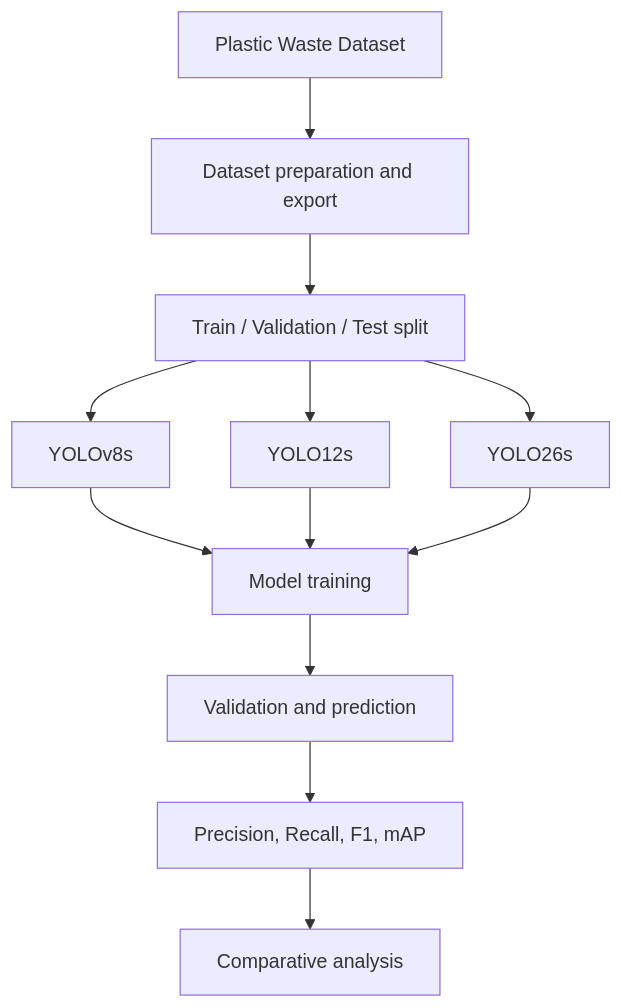
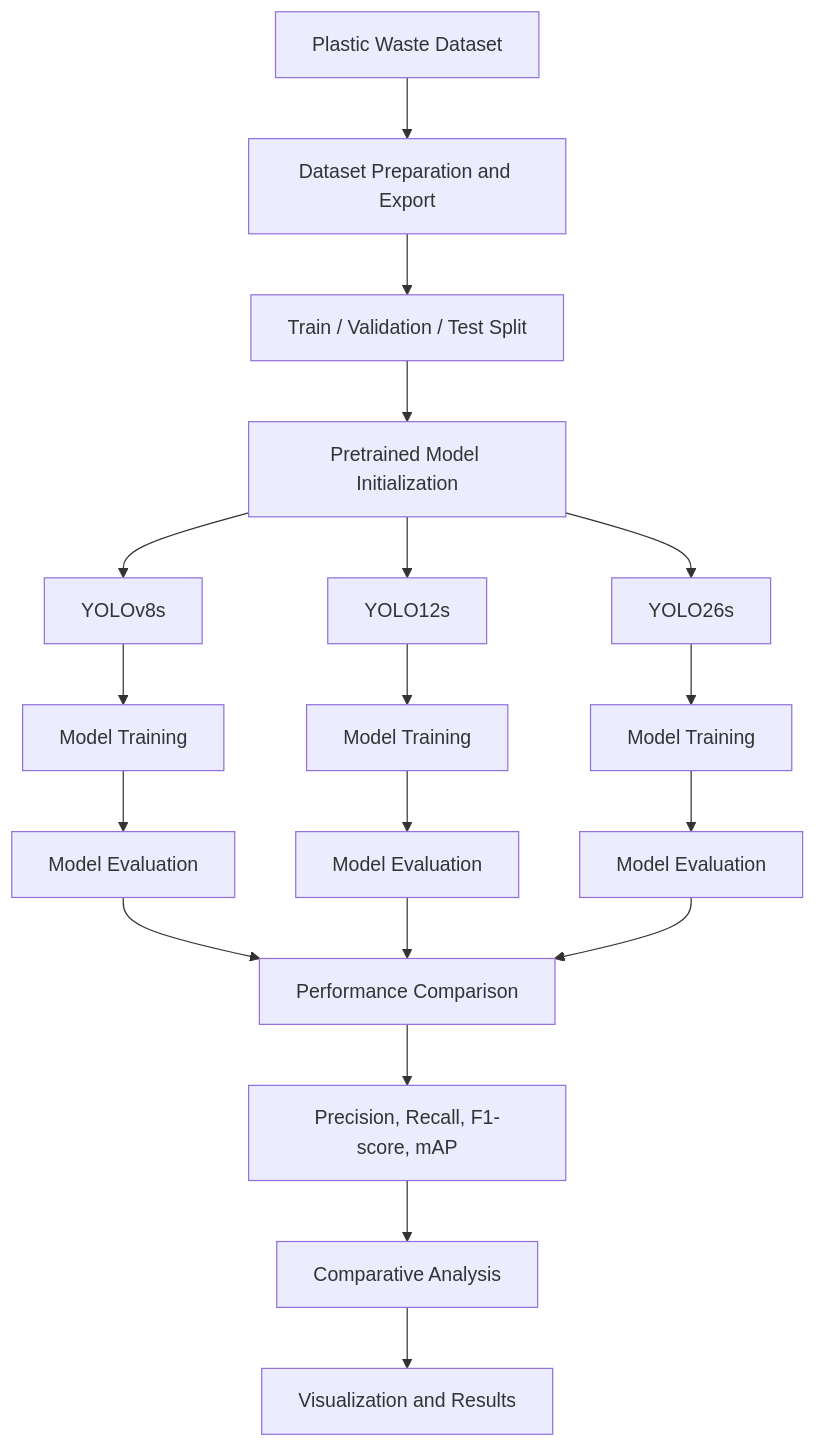
Before and after one commit to tarekrahamn/Plastic-Waste-Detection-and-Classification: the diagram in README.md, drawn with Mermaid. The commit also changed other lines of this file, not shown here.

Commit message:
Revise methodology and flowchart in README
Updated methodology section and flowchart for clarity.

````diff
--- a/README.md
+++ b/README.md
@@ -106,14 +106,26 @@
 ```mermaid
 flowchart TD
-    A[Plastic Waste Dataset] --> B[Dataset preparation and export]
-    B --> C[Train / Validation / Test split]
-    C --> D1[YOLOv8s]
-    C --> D2[YOLO12s]
-    C --> D3[YOLO26s]
-    D1 --> E[Model training]
-    D2 --> E
-    D3 --> E
-    E --> F[Validation and prediction]
-    F --> G[Precision, Recall, F1, mAP]
-    G --> H[Comparative analysis]
+    A[Plastic Waste Dataset] --> B[Dataset Preparation and Export]
+    B --> C[Train / Validation / Test Split]
+    C --> D[Pretrained Model Initialization]
+
+    D --> E1[YOLOv8s]
+    D --> E2[YOLO12s]
+    D --> E3[YOLO26s]
+
+    E1 --> F1[Model Training]
+    E2 --> F2[Model Training]
+    E3 --> F3[Model Training]
+
+    F1 --> G1[Model Evaluation]
+    F2 --> G2[Model Evaluation]
+    F3 --> G3[Model Evaluation]
+
+    G1 --> H[Performance Comparison]
+    G2 --> H
+    G3 --> H
+
+    H --> I[Precision, Recall, F1-score, mAP]
+    I --> J[Comparative Analysis]
+    J --> K[Visualization and Results]
 ```
````
